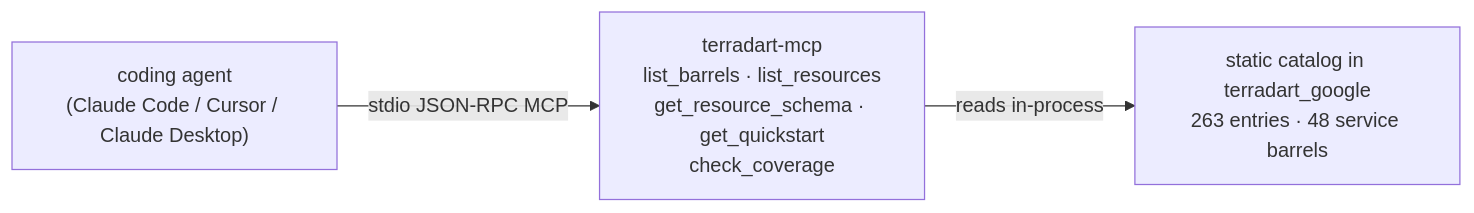
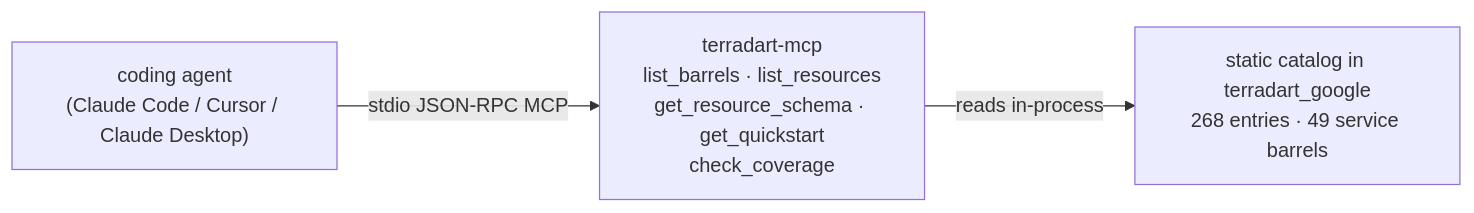
One commit to nozomi-koborinai/terradart changed the diagram in website/src/content/docs/docs/agent/index.md. Above: the diagram before and after it, drawn with Mermaid. The commit also changed other lines of this file and 31 other files, not shown here.

First line of the commit message:
feat(google): curate Service Directory wave (5 factories)

````diff
--- a/website/src/content/docs/docs/agent/index.md
+++ b/website/src/content/docs/docs/agent/index.md
@@ -12,8 +12,8 @@
 ```mermaid
 graph LR
   agent["coding agent<br/>(Claude Code / Cursor / Claude Desktop)"]
   mcp["terradart-mcp<br/>list_barrels · list_resources<br/>get_resource_schema · get_quickstart<br/>check_coverage"]
-  catalog["static catalog in terradart_google<br/>263 entries · 48 service barrels"]
+  catalog["static catalog in terradart_google<br/>268 entries · 49 service barrels"]
   agent -->|stdio JSON-RPC MCP| mcp
   mcp -->|reads in-process| catalog
 ```
````
